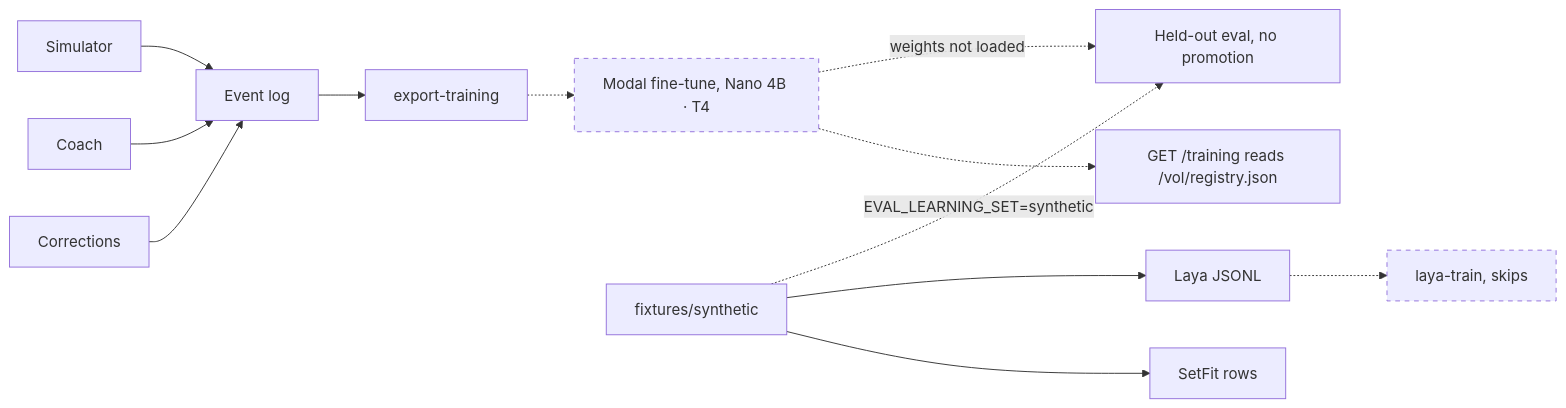
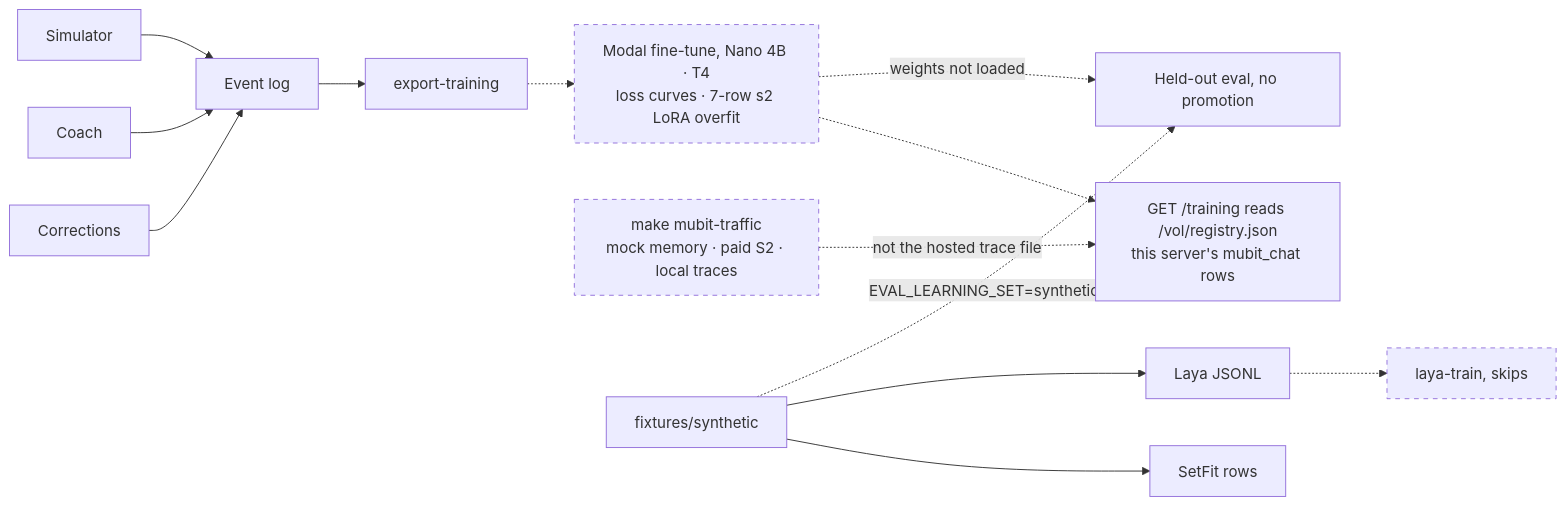
One commit to melaniepreen/Baan-Safe changed the second of 2 diagrams in README.md. Above: the diagram before and after it, drawn with Mermaid. The commit also changed other lines of this file and 2 other files, not shown here.

First line of the commit message:
docs: refresh architecture diagram (daeaad9)

````diff
--- a/README.md
+++ b/README.md
@@ -104,16 +110,18 @@
 ```mermaid
 flowchart LR
   classDef unwired stroke-dasharray: 5 5
   corrections[Corrections] --> log[Event log]
   coach[Coach] --> log
   sim[Simulator] --> log
   log --> export[export-training]
-  export -.-> ft["Modal fine-tune, Nano 4B · T4"]:::unwired
-  ft -.-> page["GET /training reads /vol/registry.json"]
+  export -.-> ft["Modal fine-tune, Nano 4B · T4<br/>loss curves · 7-row s2 LoRA overfit"]:::unwired
+  ft -.-> page["GET /training reads /vol/registry.json<br/>this server's mubit_chat rows"]
+  traffic["make mubit-traffic<br/>mock memory · paid S2 · local traces"]:::unwired
+  traffic -.->|"not the hosted trace file"| page
   synth["fixtures/synthetic"] --> setfit["SetFit rows"]
   synth --> laya["Laya JSONL"]
   laya -.-> ltrain["laya-train, skips"]:::unwired
   eval["Held-out eval, no promotion"]
   ft -.->|"weights not loaded"| eval
   synth -.->|"EVAL_LEARNING_SET=synthetic"| eval
 ```
````
